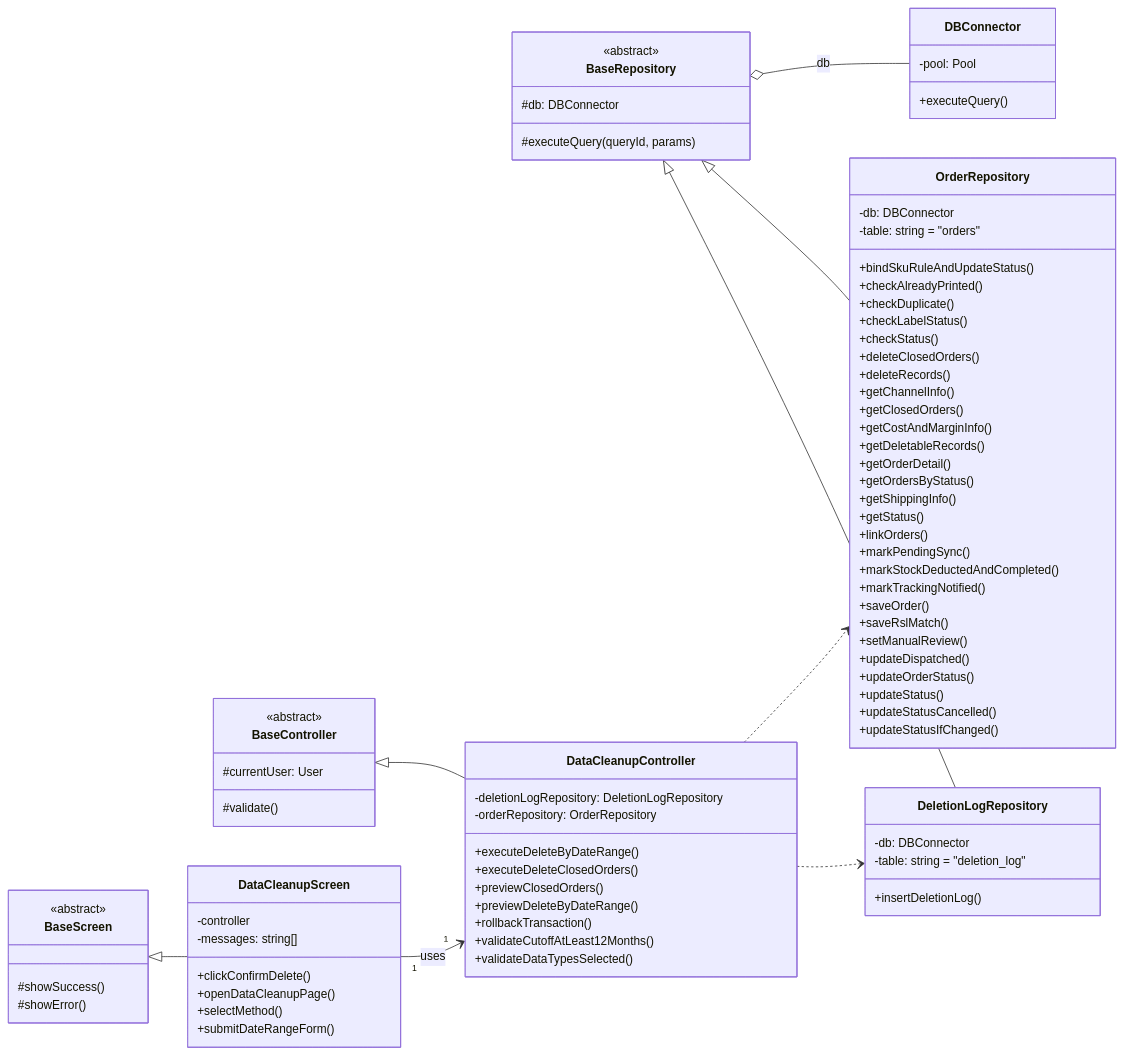
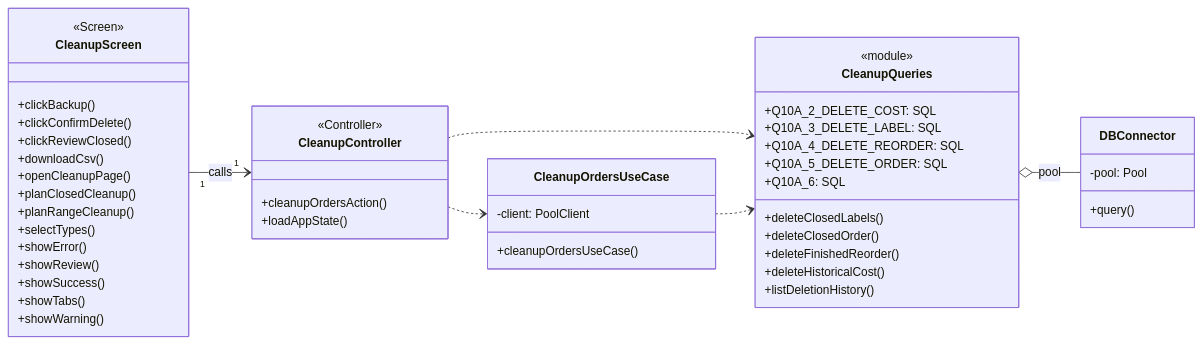
One commit to xbpkdi/321-sa-proj changed the diagram in 04-chapter2-diagrams-database/diagrams/src/class-12.mmd. Above: the diagram before and after it, drawn with Mermaid. The commit also changed 125 other files, not shown here.

Commit message:
docs: update er, class and state diagrams with sql data

```diff
--- a/04-chapter2-diagrams-database/diagrams/src/class-12.mmd
+++ b/04-chapter2-diagrams-database/diagrams/src/class-12.mmd
@@ -1,85 +1,50 @@
 %%{init: {'class': {'hideEmptyMembersBox': true}, 'themeVariables': {'fontSize': '15px'}}}%%
 classDiagram
     direction LR
-    class BaseScreen {
-        <<abstract>>
-        #showSuccess()
-        #showError()
+    class CleanupScreen {
+        <<Screen>>
+        +clickBackup()
+        +clickConfirmDelete()
+        +clickReviewClosed()
+        +downloadCsv()
+        +openCleanupPage()
+        +planClosedCleanup()
+        +planRangeCleanup()
+        +selectTypes()
+        +showError()
+        +showReview()
+        +showSuccess()
+        +showTabs()
+        +showWarning()
     }
-    class BaseController {
-        <<abstract>>
-        #currentUser: User
-        #validate()
+    class CleanupController {
+        <<Controller>>
+        +cleanupOrdersAction()
+        +loadAppState()
     }
-    class BaseRepository {
-        <<abstract>>
-        #db: DBConnector
-        #executeQuery(queryId, params)
+    class CleanupOrdersUseCase {
+        -client: PoolClient
+        +cleanupOrdersUseCase()
     }
-    class DataCleanupScreen {
-        -controller
-        -messages: string[]
-        +clickConfirmDelete()
-        +openDataCleanupPage()
-        +selectMethod()
-        +submitDateRangeForm()
-    }
-    class DataCleanupController {
-        -deletionLogRepository: DeletionLogRepository
-        -orderRepository: OrderRepository
-        +executeDeleteByDateRange()
-        +executeDeleteClosedOrders()
-        +previewClosedOrders()
-        +previewDeleteByDateRange()
-        +rollbackTransaction()
-        +validateCutoffAtLeast12Months()
-        +validateDataTypesSelected()
-    }
-    class DeletionLogRepository {
-        -db: DBConnector
-        -table: string = "deletion_log"
-        +insertDeletionLog()
-    }
-    class OrderRepository {
-        -db: DBConnector
-        -table: string = "orders"
-        +bindSkuRuleAndUpdateStatus()
-        +checkAlreadyPrinted()
-        +checkDuplicate()
-        +checkLabelStatus()
-        +checkStatus()
-        +deleteClosedOrders()
-        +deleteRecords()
-        +getChannelInfo()
-        +getClosedOrders()
-        +getCostAndMarginInfo()
-        +getDeletableRecords()
-        +getOrderDetail()
-        +getOrdersByStatus()
-        +getShippingInfo()
-        +getStatus()
-        +linkOrders()
-        +markPendingSync()
-        +markStockDeductedAndCompleted()
-        +markTrackingNotified()
-        +saveOrder()
-        +saveRslMatch()
-        +setManualReview()
-        +updateDispatched()
-        +updateOrderStatus()
-        +updateStatus()
-        +updateStatusCancelled()
-        +updateStatusIfChanged()
+    class CleanupQueries {
+        <<module>>
+        +Q10A_2_DELETE_COST: SQL
+        +Q10A_3_DELETE_LABEL: SQL
+        +Q10A_4_DELETE_REORDER: SQL
+        +Q10A_5_DELETE_ORDER: SQL
+        +Q10A_6: SQL
+        +deleteClosedLabels()
+        +deleteClosedOrder()
+        +deleteFinishedReorder()
+        +deleteHistoricalCost()
+        +listDeletionHistory()
     }
     class DBConnector {
         -pool: Pool
-        +executeQuery()
+        +query()
     }
-    BaseScreen <|-- DataCleanupScreen
-    BaseController <|-- DataCleanupController
-    BaseRepository <|-- DeletionLogRepository
-    BaseRepository <|-- OrderRepository
-    BaseRepository o-- DBConnector : db
-    DataCleanupScreen "1" --> "1" DataCleanupController : uses
-    DataCleanupController ..> DeletionLogRepository
-    DataCleanupController ..> OrderRepository
+    CleanupScreen "1" --> "1" CleanupController : calls
+    CleanupController ..> CleanupOrdersUseCase
+    CleanupController ..> CleanupQueries
+    CleanupOrdersUseCase ..> CleanupQueries
+    CleanupQueries o-- DBConnector : pool
```
